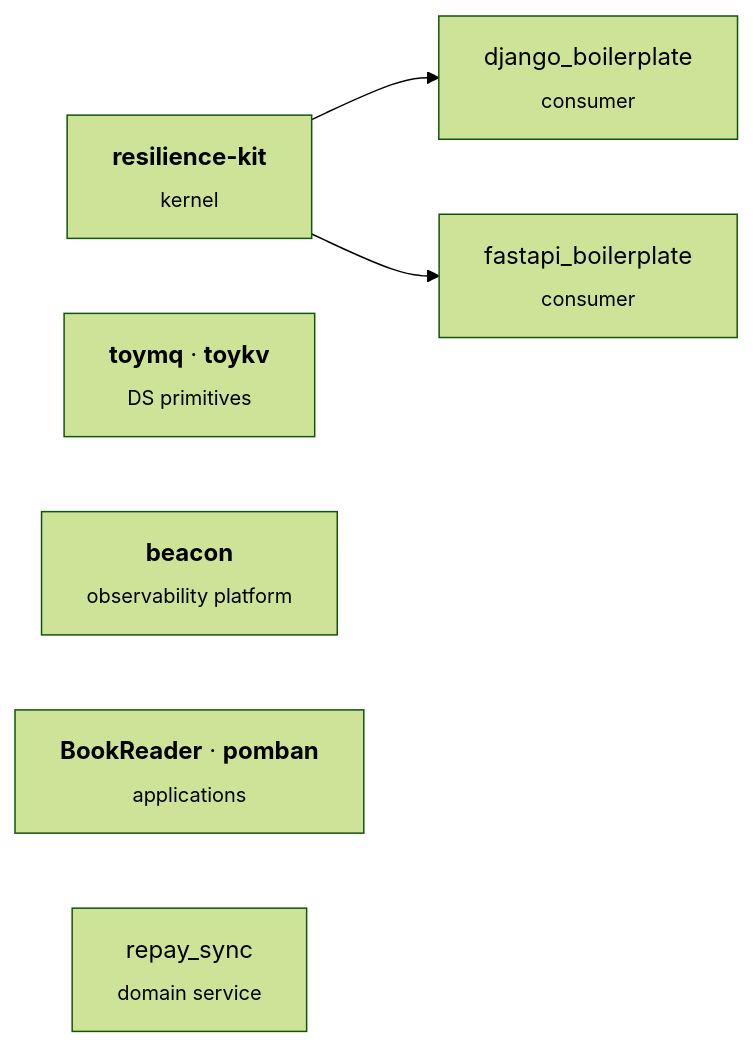
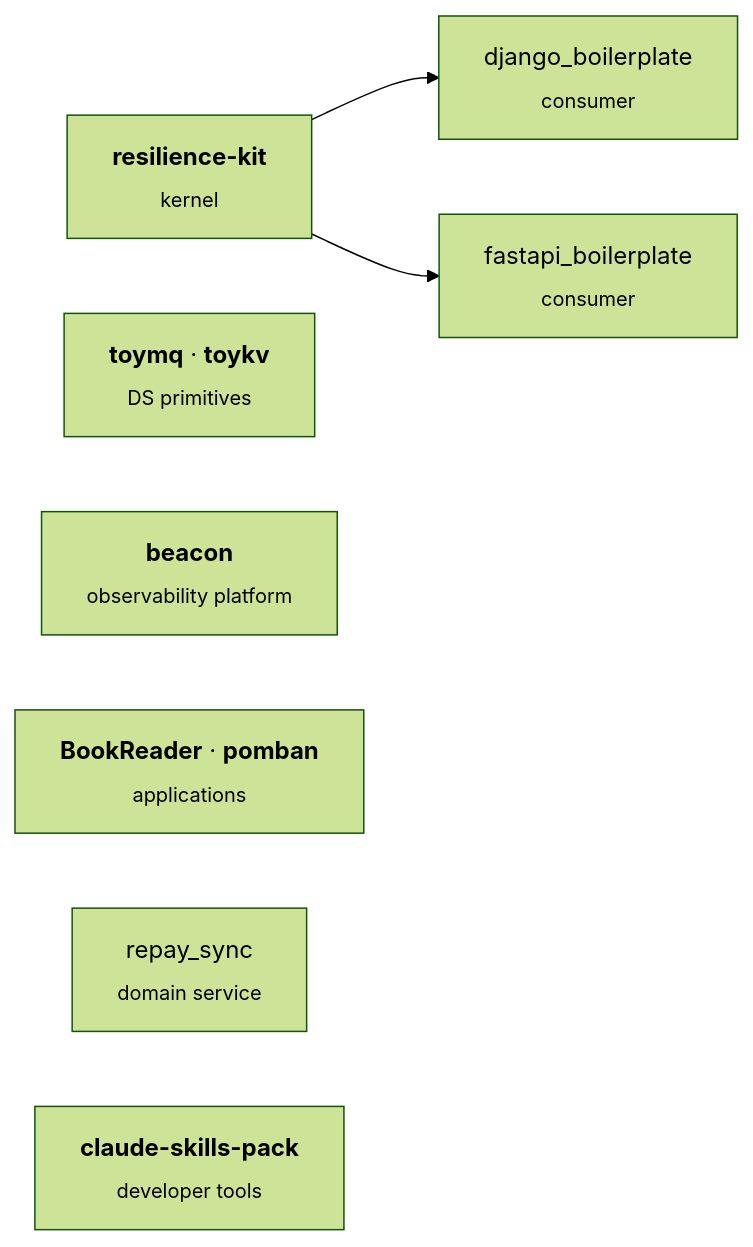
One commit to prajwalmahajan101/prajwalmahajan101 changed the diagram in README.md. Above: the diagram before and after it, drawn with Mermaid (forest theme). The commit also changed other lines of this file, not shown here.

First line of the commit message:
docs(profile): add claude-skills-pack under new Developer tools section

````diff
--- a/README.md
+++ b/README.md
@@ -18,10 +18,11 @@
 ```mermaid
 flowchart LR
     K["<b>resilience-kit</b><br/><sub>kernel</sub>"]
     K --> C1["django_boilerplate<br/><sub>consumer</sub>"]
     K --> C2["fastapi_boilerplate<br/><sub>consumer</sub>"]
     P1["<b>toymq</b> · <b>toykv</b><br/><sub>DS primitives</sub>"]
     P2["<b>beacon</b><br/><sub>observability platform</sub>"]
     A1["<b>BookReader</b> · <b>pomban</b><br/><sub>applications</sub>"]
     A2["repay_sync<br/><sub>domain service</sub>"]
+    T1["<b>claude-skills-pack</b><br/><sub>developer tools</sub>"]
 ```
````
